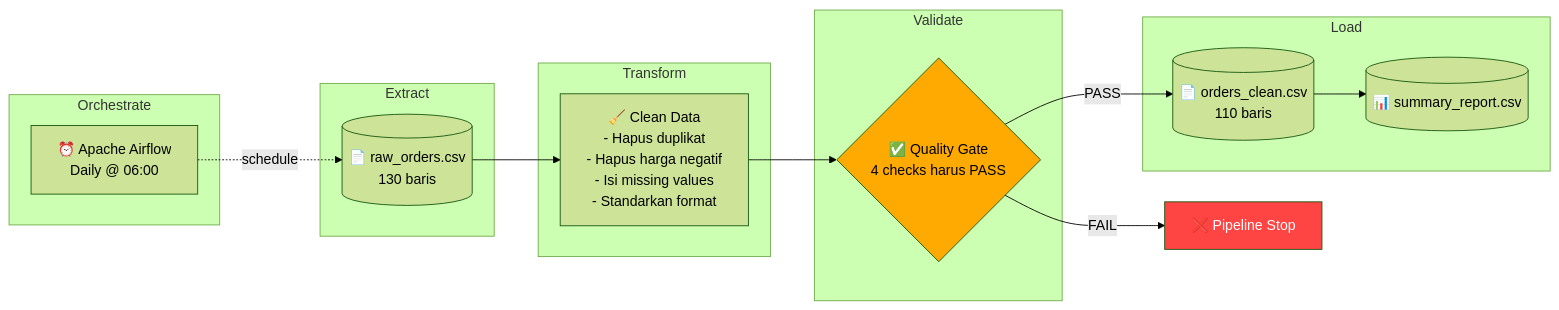
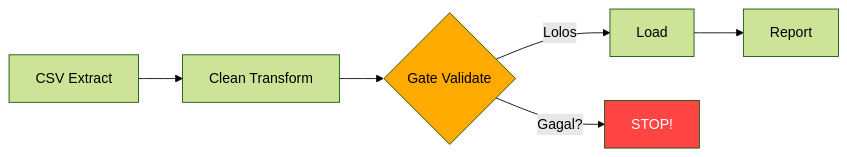
The diagram in README.md (Imammudinn/End-to-End-ETL-Pipeline-E-Commerce-Orders), drawn with Mermaid (forest theme) before and after one commit. The commit also changed other lines of this file, not shown here.

````diff
--- a/README.md
+++ b/README.md
@@ -14,32 +14,9 @@
 ```mermaid
 flowchart LR
-    subgraph Extract
-        A[("📄 raw_orders.csv\n130 baris")]
-    end
+    A[CSV Extract] --> B[Clean Transform] --> C{Gate Validate}
+    C -->|Lolos| D[Load] --> E[Report]
+    C -->|Gagal?| F[STOP!]
 
-    subgraph Transform
-        B["🧹 Clean Data\n- Hapus duplikat\n- Hapus harga negatif\n- Isi missing values\n- Standarkan format"]
-    end
-
-    subgraph Validate
-        C{"✅ Quality Gate\n4 checks harus PASS"}
-    end
-
-    subgraph Load
-        D[("📄 orders_clean.csv\n110 baris")]
-        E[("📊 summary_report.csv")]
-    end
-
-    subgraph Orchestrate
-        F["⏰ Apache Airflow\nDaily @ 06:00"]
-    end
-
-    A --> B --> C
-    C -->|PASS| D
-    C -->|FAIL| G["❌ Pipeline Stop"]
-    D --> E
-    F -.->|schedule| A
-
-    style G fill:#ff4444,color:#fff
+    style F fill:#ff4444,color:#fff
     style C fill:#ffaa00,color:#000
 ```
````
